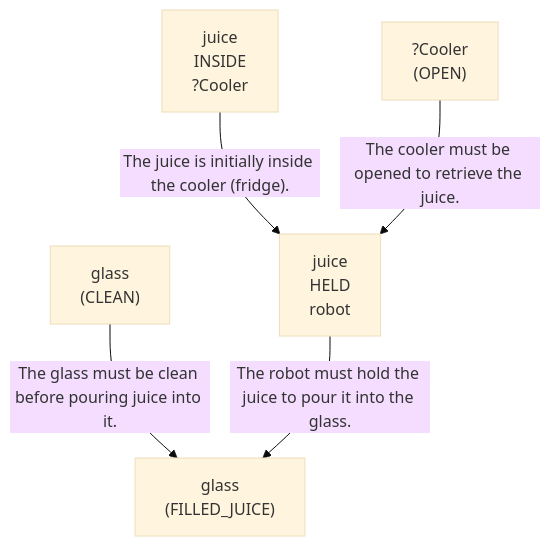
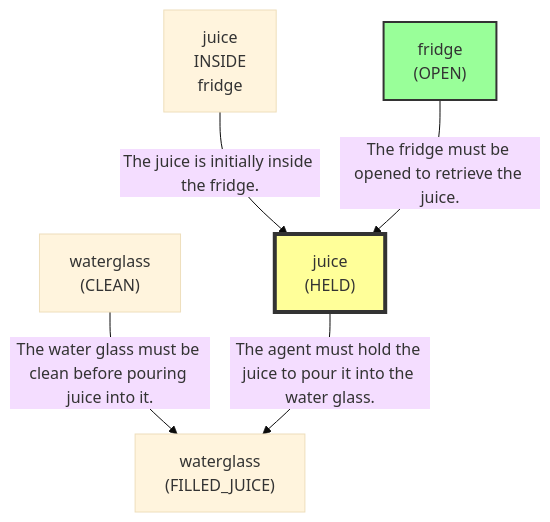
Before and after one commit to scuama/virtualhome: the first of 4 diagrams in evaluation/results/table4/_raw/gemini/run_T4_gemini_M2_09.md, drawn with Mermaid (base theme). The commit also changed other lines of this file and 368 other files, not shown here.

````diff
--- a/evaluation/results/table4/_raw/gemini/run_T4_gemini_M2_09.md
+++ b/evaluation/results/table4/_raw/gemini/run_T4_gemini_M2_09.md
@@ -68,12 +105,14 @@
 ```mermaid
 graph TD
-    N1["glass<br>(FILLED_JUICE)"]
-    N2["glass<br>(CLEAN)"]
-    N3["juice<br>HELD<br>robot"]
-    N4["juice<br>INSIDE<br>?Cooler"]
-    N5["?Cooler<br>(OPEN)"]
-    N2 -->|"The glass must be clean before pouring juice into it."| N1
-    N3 -->|"The robot must hold the juice to pour it into the glass."| N1
-    N4 -->|"The juice is initially inside the cooler (fridge)."| N3
-    N5 -->|"The cooler must be opened to retrieve the juice."| N3
+    N1["waterglass<br>(FILLED_JUICE)"]
+    N2["waterglass<br>(CLEAN)"]
+    N3["juice<br>(HELD)"]
+    style N3 fill:#ff9,stroke:#333,stroke-width:4px
+    N4["juice<br>INSIDE<br>fridge"]
+    N5["fridge<br>(OPEN)"]
+    style N5 fill:#9f9,stroke:#333,stroke-width:2px
+    N2 -->|"The water glass must be clean before pouring juice into it."| N1
+    N3 -->|"The agent must hold the juice to pour it into the water glass."| N1
+    N4 -->|"The juice is initially inside the fridge."| N3
+    N5 -->|"The fridge must be opened to retrieve the juice."| N3
 ```
````
